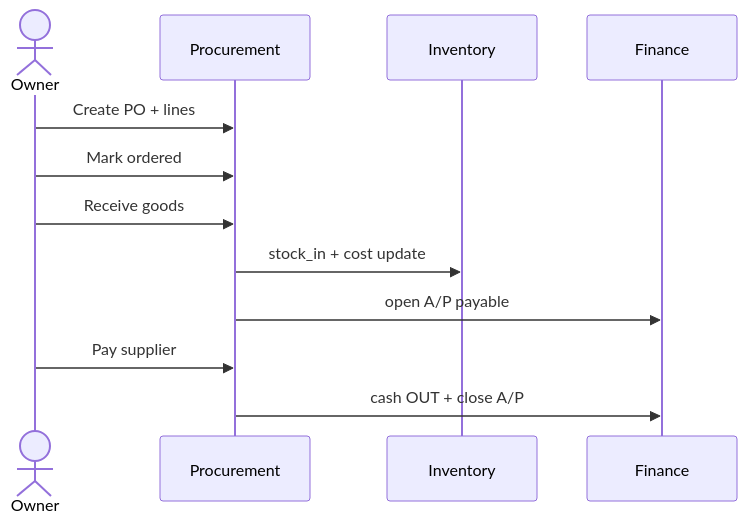
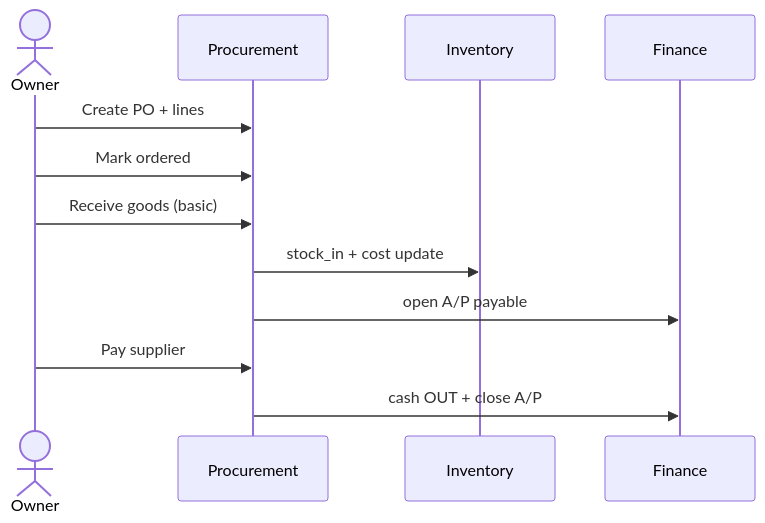
One commit to niaazaai/boms changed the ninth of 13 diagrams in specs/flows/application-flows.md. Above: the diagram before and after it, drawn with Mermaid. The commit also changed other lines of this file and 25 other files, not shown here.

````diff
--- a/specs/flows/application-flows.md
+++ b/specs/flows/application-flows.md
@@ -94,14 +172,14 @@
 ```mermaid
 sequenceDiagram
   actor Owner
   participant PRC as Procurement
   participant INV as Inventory
   participant FIN as Finance
   Owner->>PRC: Create PO + lines
   Owner->>PRC: Mark ordered
-  Owner->>PRC: Receive goods
+  Owner->>PRC: Receive goods (basic)
   PRC->>INV: stock_in + cost update
   PRC->>FIN: open A/P payable
   Owner->>PRC: Pay supplier
   PRC->>FIN: cash OUT + close A/P
 ```
````
